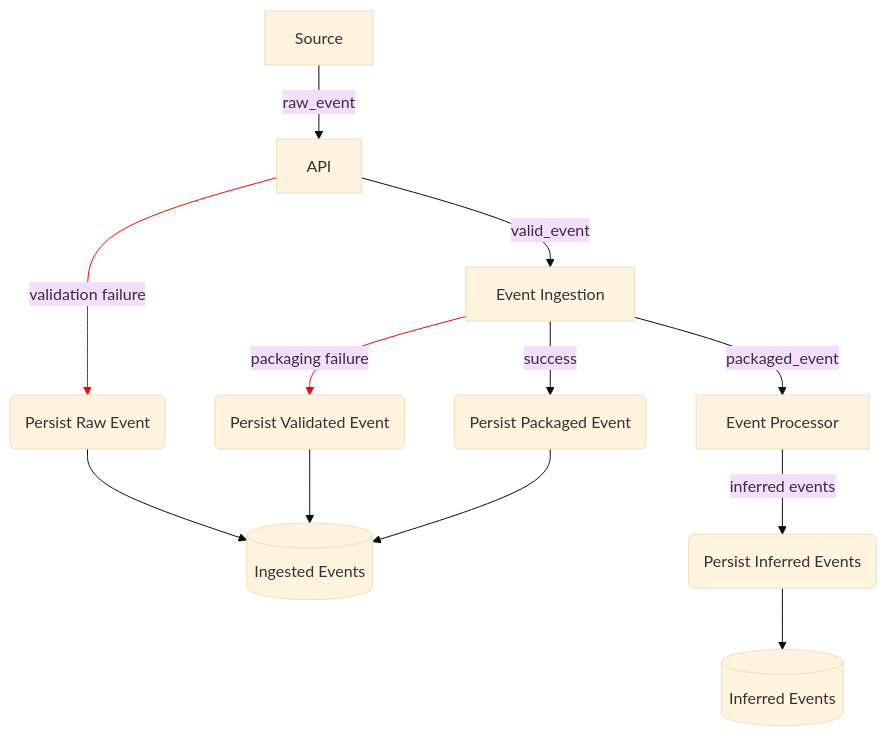
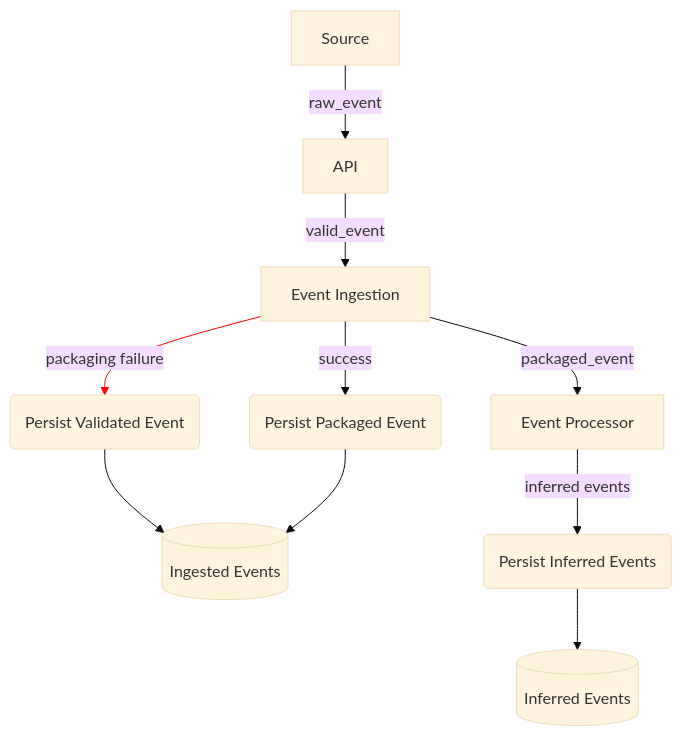
The diagram in docs/adr/0005-database-structure-revision.md (kencopas/PortfolioApp), drawn with Mermaid (base theme) before and after one commit. The commit also changed 7 other files, not shown here.

````diff
--- a/docs/adr/0005-database-structure-revision.md
+++ b/docs/adr/0005-database-structure-revision.md
@@ -17,34 +17,31 @@
 ```mermaid
 flowchart TD
 
     %% Components
     source[Source]
     api[API]
     ingestion[Event Ingestion]
     processor[Event Processor]
     events[(Ingested Events)]
     inferred_events[(Inferred Events)]
 
     %% Persistence Processes
-    persist_raw(Persist Raw Event)
     persist_valid(Persist Validated Event)
     persist_packaged(Persist Packaged Event)
     persist_inferred(Persist Inferred Events)
 
     %% Main Data Flow
     source --raw_event--> api --valid_event--> ingestion --packaged_event--> processor
 
     %% Persistence
-    api --validation failure--> persist_raw
     ingestion --packaging failure--> persist_valid
     ingestion --success--> persist_packaged
     processor --inferred events--> persist_inferred
 
-    persist_raw --> events
     persist_valid --> events
     persist_packaged --> events
 
     persist_inferred --> inferred_events
 
-    linkStyle 3,4 stroke:red
+    linkStyle 3 stroke:red
 ```
````
